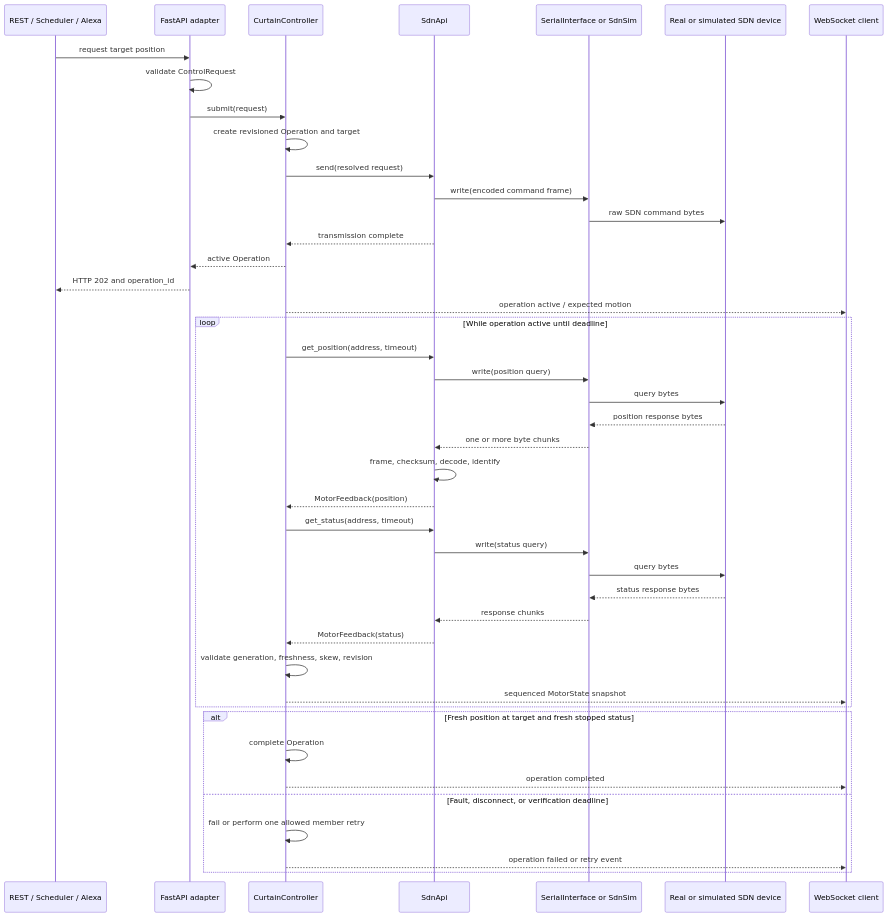
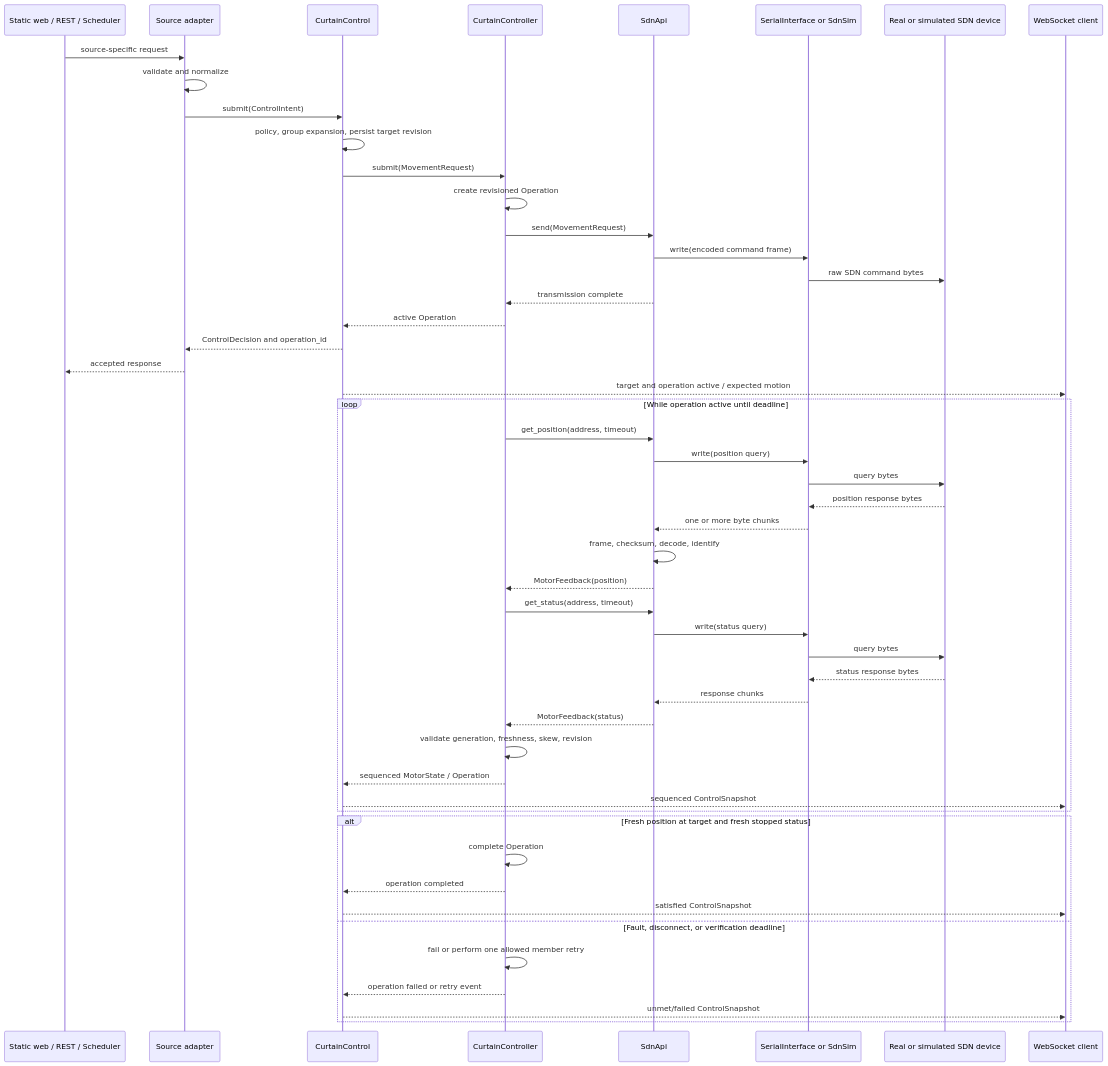
One commit to bhlarson/CurtainControl changed the third of 10 diagrams in curtain_control_spec.md. Above: the diagram before and after it, drawn with Mermaid. The commit also changed other lines of this file and 3 other files, not shown here.

````diff
--- a/curtain_control_spec.md
+++ b/curtain_control_spec.md
@@ -568,50 +627,57 @@
 ```mermaid
 sequenceDiagram
-    participant Client as REST / Scheduler / Alexa
-    participant Main as FastAPI adapter
+    participant Client as Static web / REST / Scheduler
+    participant Adapter as Source adapter
+    participant Control as CurtainControl
     participant Controller as CurtainController
     participant SDN as SdnApi
     participant Backend as SerialInterface or SdnSim
     participant Motor as Real or simulated SDN device
     participant Live as WebSocket client
 
-    Client->>Main: request target position
-    Main->>Main: validate ControlRequest
-    Main->>Controller: submit(request)
-    Controller->>Controller: create revisioned Operation and target
-    Controller->>SDN: send(resolved request)
+    Client->>Adapter: source-specific request
+    Adapter->>Adapter: validate and normalize
+    Adapter->>Control: submit(ControlIntent)
+    Control->>Control: policy, group expansion, persist target revision
+    Control->>Controller: submit(MovementRequest)
+    Controller->>Controller: create revisioned Operation
+    Controller->>SDN: send(MovementRequest)
     SDN->>Backend: write(encoded command frame)
     Backend->>Motor: raw SDN command bytes
     SDN-->>Controller: transmission complete
-    Controller-->>Main: active Operation
-    Main-->>Client: HTTP 202 and operation_id
-    Controller-->>Live: operation active / expected motion
+    Controller-->>Control: active Operation
+    Control-->>Adapter: ControlDecision and operation_id
+    Adapter-->>Client: accepted response
+    Control-->>Live: target and operation active / expected motion
 
     loop While operation active until deadline
         Controller->>SDN: get_position(address, timeout)
         SDN->>Backend: write(position query)
         Backend->>Motor: query bytes
         Motor-->>Backend: position response bytes
         Backend-->>SDN: one or more byte chunks
         SDN->>SDN: frame, checksum, decode, identify
         SDN-->>Controller: MotorFeedback(position)
 
         Controller->>SDN: get_status(address, timeout)
         SDN->>Backend: write(status query)
         Backend->>Motor: query bytes
         Motor-->>Backend: status response bytes
         Backend-->>SDN: response chunks
         SDN-->>Controller: MotorFeedback(status)
 
         Controller->>Controller: validate generation, freshness, skew, revision
-        Controller-->>Live: sequenced MotorState snapshot
+        Controller-->>Control: sequenced MotorState / Operation
+        Control-->>Live: sequenced ControlSnapshot
     end
 
     alt Fresh position at target and fresh stopped status
         Controller->>Controller: complete Operation
-        Controller-->>Live: operation completed
+        Controller-->>Control: operation completed
+        Control-->>Live: satisfied ControlSnapshot
     else Fault, disconnect, or verification deadline
         Controller->>Controller: fail or perform one allowed member retry
-        Controller-->>Live: operation failed or retry event
+        Controller-->>Control: operation failed or retry event
+        Control-->>Live: unmet/failed ControlSnapshot
     end
 ```
````
